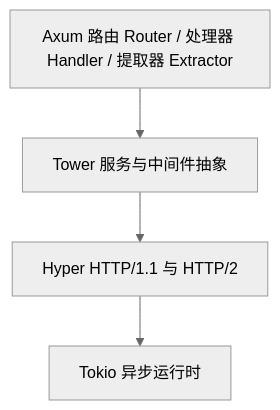
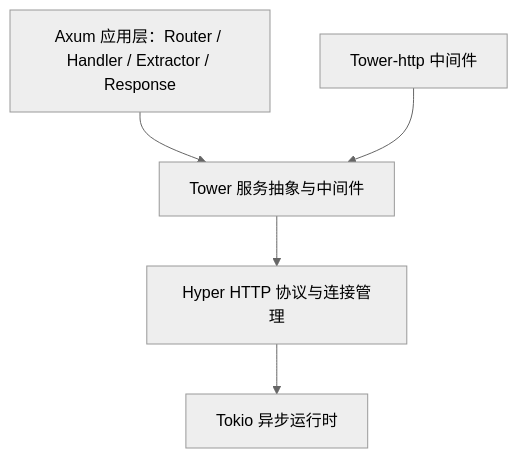
The diagram in src/part1/ch01-intro.md (delight-rs/axum-book), drawn with Mermaid (neutral theme) before and after one commit. The commit also changed other lines of this file, not shown here.

Commit message:
Rewrite chapter 1 to introduce Axum and compare frameworks

````diff
--- a/src/part1/ch01-intro.md
+++ b/src/part1/ch01-intro.md
@@ -9,6 +36,7 @@
 ```mermaid
 graph TD
-    A[Axum 路由 Router / 处理器 Handler / 提取器 Extractor] --> B[Tower 服务与中间件抽象]
-    B --> C[Hyper HTTP/1.1 与 HTTP/2]
+    A[Axum 应用层：Router / Handler / Extractor / Response] --> B[Tower 服务抽象与中间件]
+    B --> C[Hyper HTTP 协议与连接管理]
     C --> D[Tokio 异步运行时]
+    E[Tower-http 中间件] --> B
 ```
````
